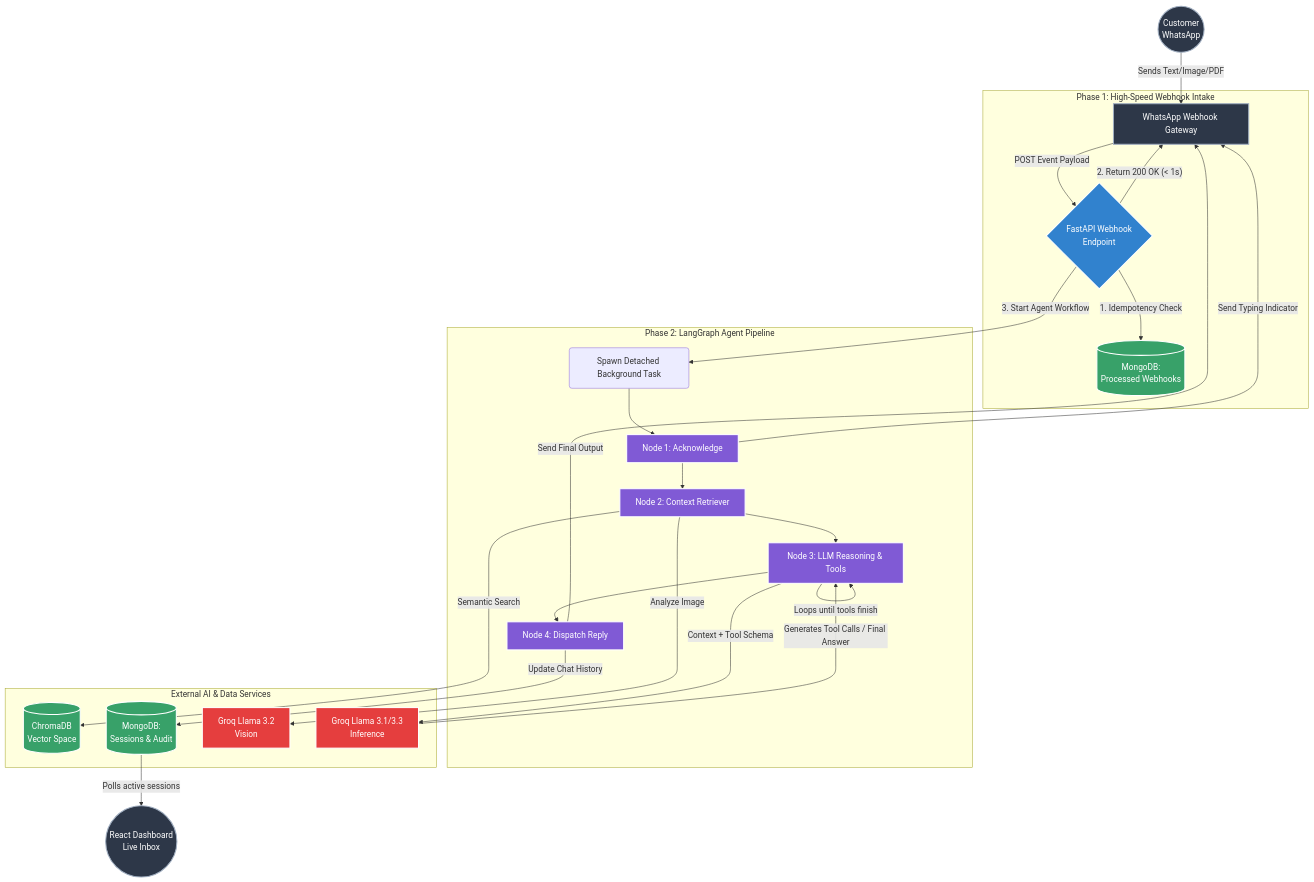
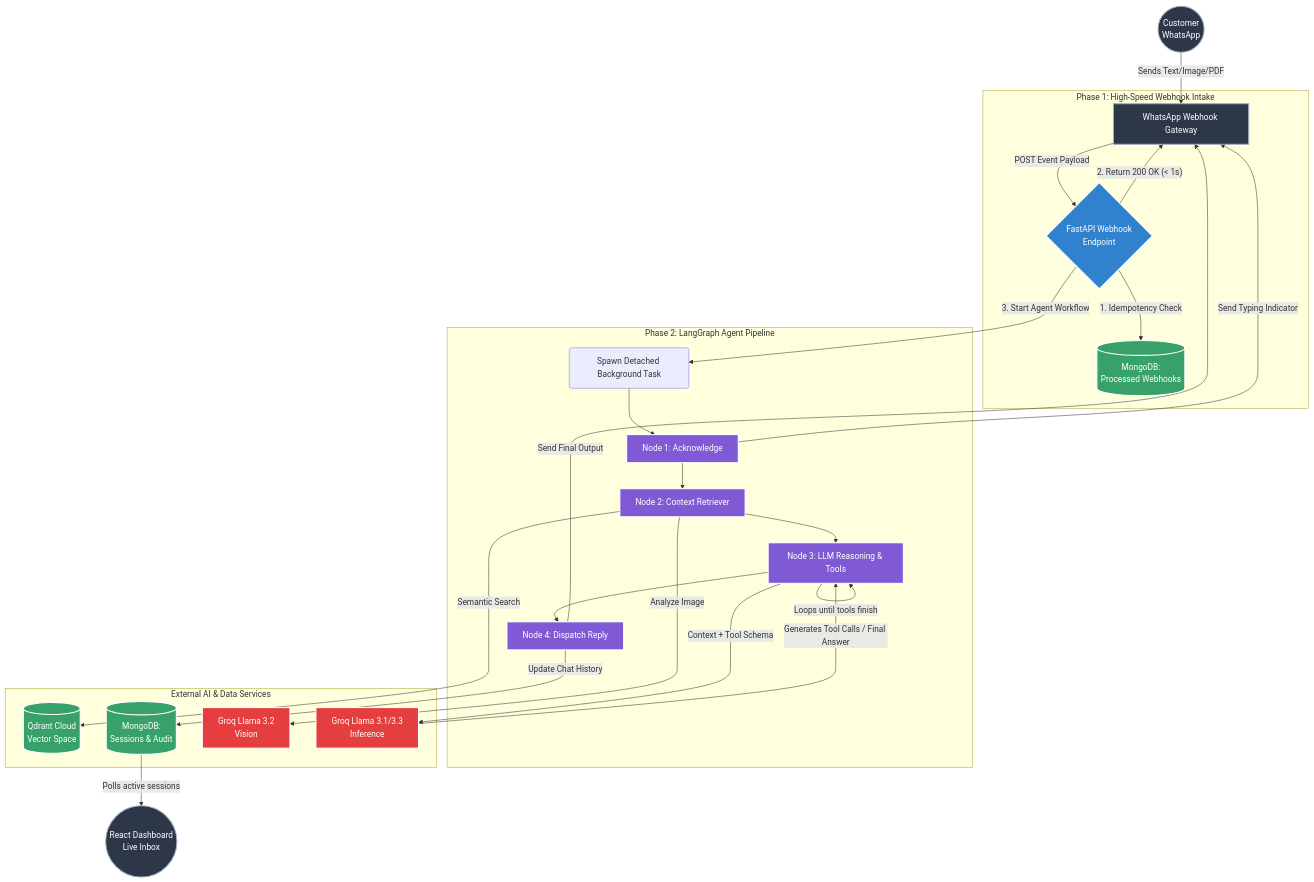
One commit to ujjwalpan001/KuraAI changed the second of 2 diagrams in README.md. Above: the diagram before and after it, drawn with Mermaid. The commit also changed other lines of this file, not shown here.

````diff
--- a/README.md
+++ b/README.md
@@ -52,59 +112,59 @@
 ```mermaid
 flowchart TD
     %% Styling
     classDef external fill:#2d3748,stroke:#a0aec0,stroke-width:2px,color:#fff;
     classDef api fill:#3182ce,stroke:#fff,stroke-width:2px,color:#fff;
     classDef agent fill:#805ad5,stroke:#fff,stroke-width:2px,color:#fff;
     classDef llm fill:#e53e3e,stroke:#fff,stroke-width:2px,color:#fff;
     classDef db fill:#38a169,stroke:#fff,stroke-width:2px,color:#fff;
 
     Customer((Customer\nWhatsApp)):::external
     GatewayAPI[WhatsApp Webhook Gateway]:::external
     Dashboard((React Dashboard\nLive Inbox)):::external
 
     Customer -- "Sends Text/Image/PDF" --> GatewayAPI
 
     subgraph Phase1 [Phase 1: High-Speed Webhook Intake]
         Webhook{FastAPI Webhook\nEndpoint}:::api
         MongoQueue[(MongoDB:\nProcessed Webhooks)]:::db
         
         GatewayAPI -- "POST Event Payload" --> Webhook
         Webhook -- "1. Idempotency Check" --> MongoQueue
         Webhook -- "2. Return 200 OK (< 1s)" --> GatewayAPI
     end
 
     subgraph Phase2 [Phase 2: LangGraph Agent Pipeline]
         AgentStart(Spawn Detached Background Task)
         
         NodeAck[Node 1: Acknowledge]:::agent
         NodeContext[Node 2: Context Retriever]:::agent
         NodeReason[Node 3: LLM Reasoning & Tools]:::agent
         NodeDispatch[Node 4: Dispatch Reply]:::agent
         
         Webhook -- "3. Start Agent Workflow" --> AgentStart
         AgentStart --> NodeAck
         
         NodeAck -- "Send Typing Indicator" --> GatewayAPI
         NodeAck --> NodeContext
         NodeContext --> NodeReason
         NodeReason -- "Loops until tools finish" --> NodeReason
         NodeReason --> NodeDispatch
     end
 
     subgraph External AI & Data Services
-        Chroma[(ChromaDB\nVector Space)]:::db
+        QdrantDB[(Qdrant Cloud\nVector Space)]:::db
         MongoState[(MongoDB:\nSessions & Audit)]:::db
         GroqVision[Groq Llama 3.2\nVision]:::llm
         Groq[Groq Llama 3.1/3.3\nInference]:::llm
     end
 
-    NodeContext -- "Semantic Search" --> Chroma
+    NodeContext -- "Semantic Search" --> QdrantDB
     NodeContext -- "Analyze Image" --> GroqVision
     NodeReason -- "Context + Tool Schema" --> Groq
     Groq -- "Generates Tool Calls / Final Answer" --> NodeReason
     
     NodeDispatch -- "Send Final Output" --> GatewayAPI
     NodeDispatch -- "Update Chat History" --> MongoState
     
     MongoState -- "Polls active sessions" --> Dashboard
 ```
````
